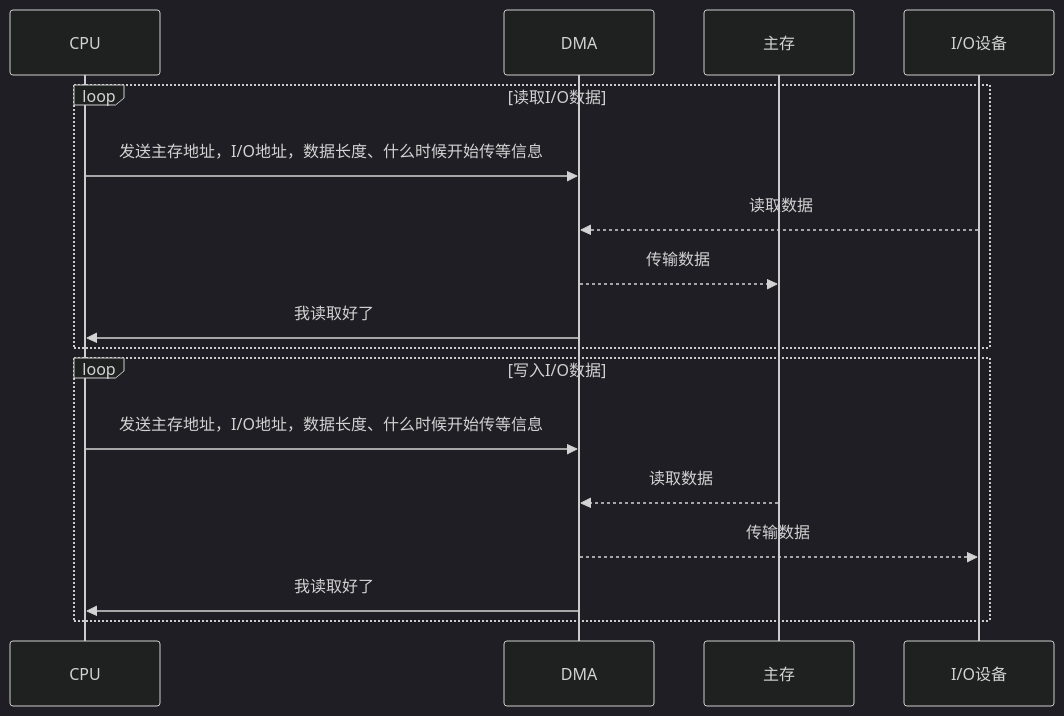
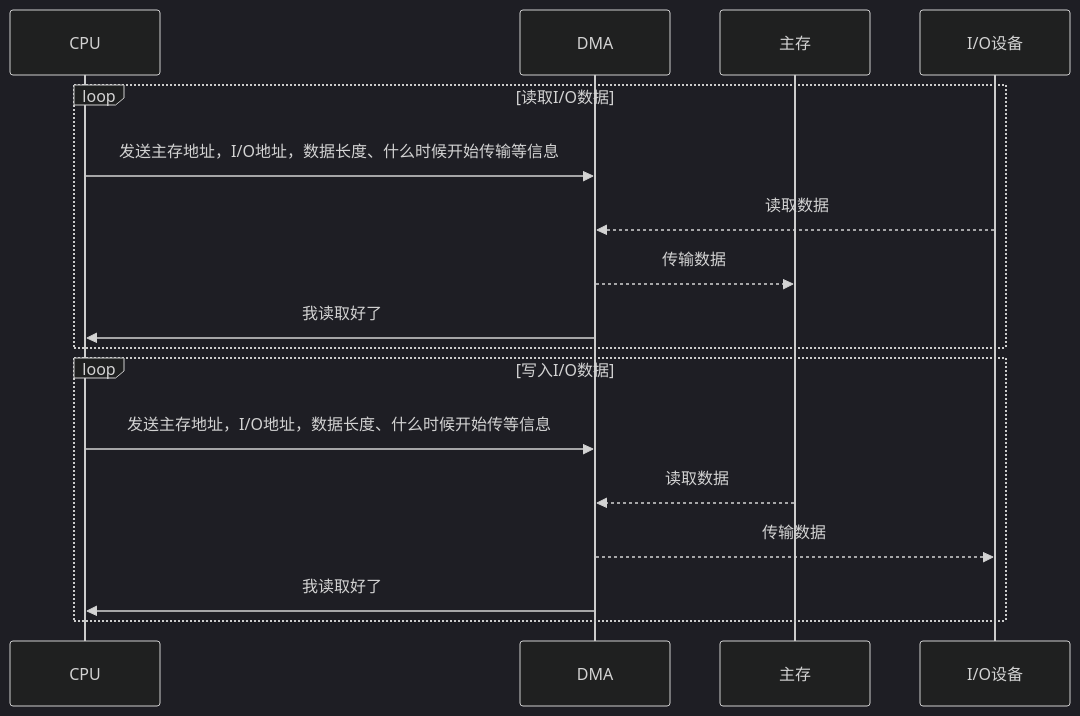
One commit to sorryle/sorryle.github.io changed the third of 4 diagrams in _posts/2021/2021-02-04-system-structure.md. Above: the diagram before and after it, drawn with Mermaid (dark theme). The commit also changed other lines of this file, not shown here.

````diff
--- a/_posts/2021/2021-02-04-system-structure.md
+++ b/_posts/2021/2021-02-04-system-structure.md
@@ -77,19 +77,19 @@
 ```mermaid
 sequenceDiagram
     participant CPU
     participant DMA
     participant 主存
     participant I/O设备
     loop 读取I/O数据
-    CPU->>DMA: 发送主存地址，I/O地址，数据长度、什么时候开始传等信息
+    CPU->>DMA: 发送主存地址，I/O地址，数据长度、什么时候开始传输等信息
    	I/O设备-->>DMA:读取数据
    	DMA-->>主存:传输数据
    	DMA->>CPU: 我读取好了
    	end
     loop 写入I/O数据
     CPU->>DMA: 发送主存地址，I/O地址，数据长度、什么时候开始传等信息
    	主存-->>DMA:读取数据
    	DMA-->>I/O设备:传输数据
    	DMA->>CPU: 我读取好了
    	end 
 ```
````
